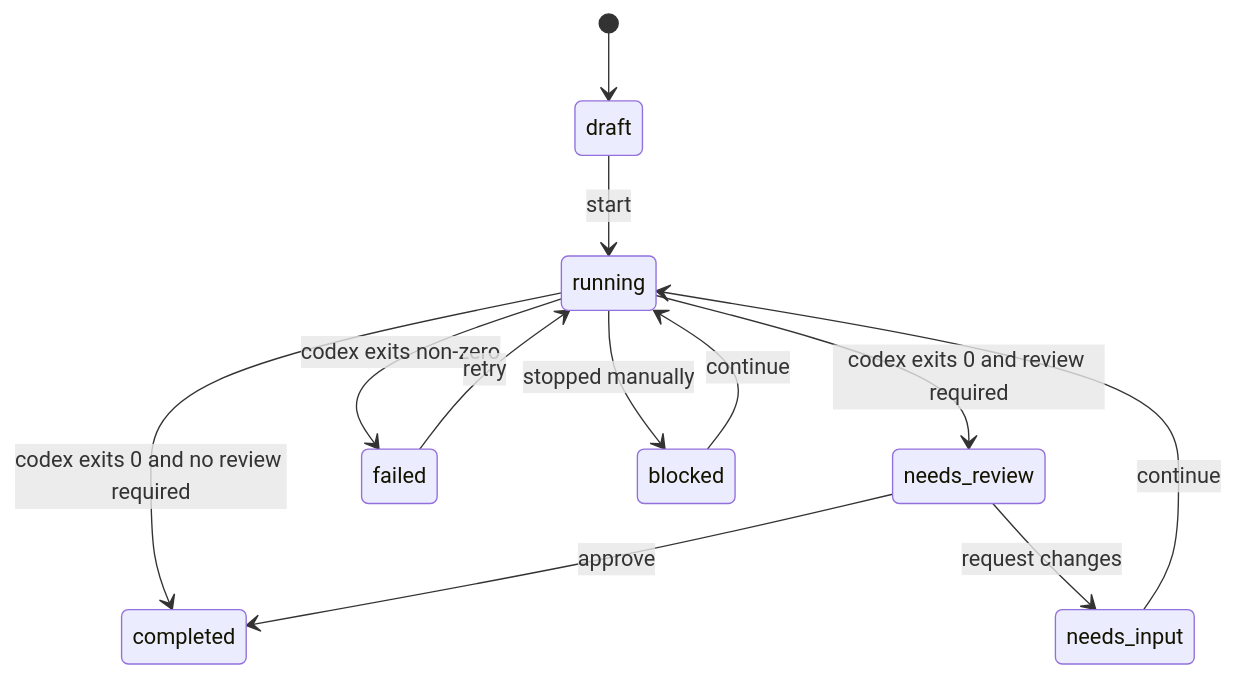
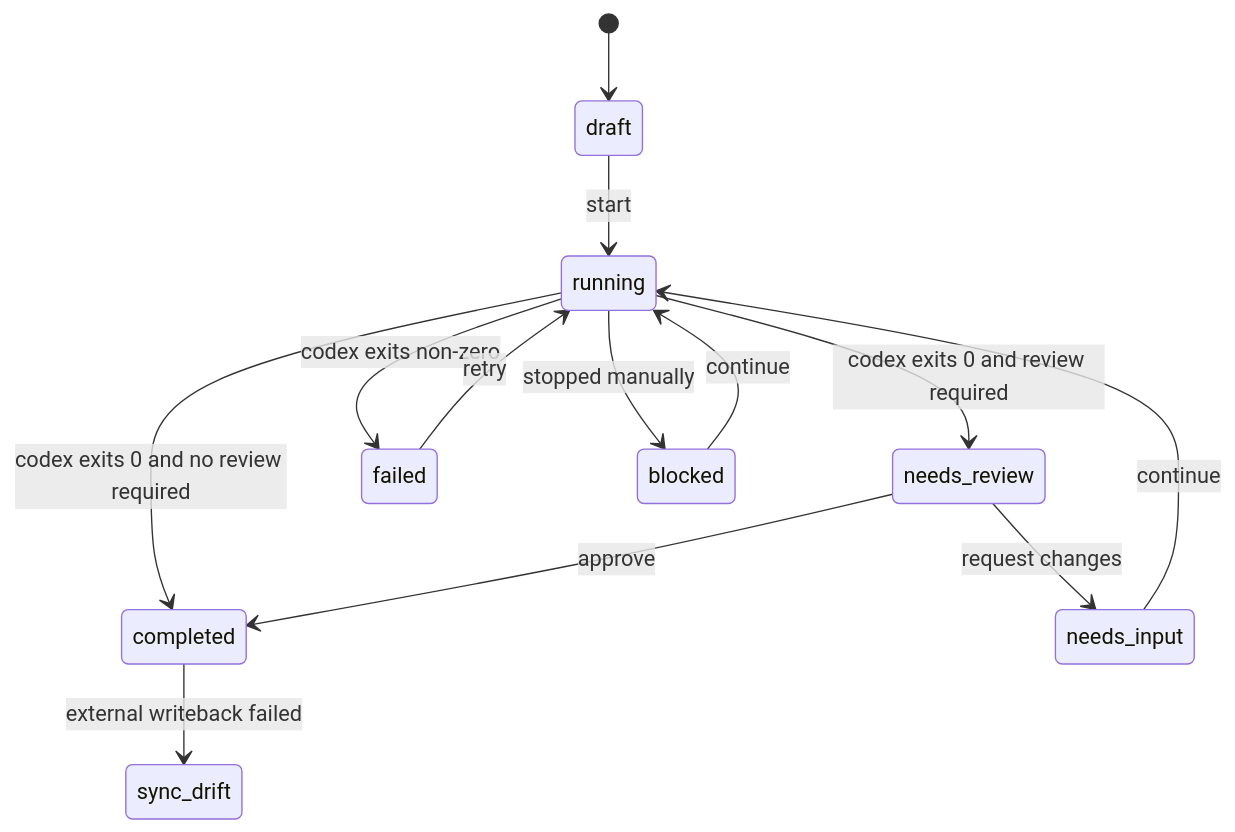
One commit to JJ-Lin/Codex-manager changed the diagram in docs/architecture.md. Above: the diagram before and after it, drawn with Mermaid. The commit also changed other lines of this file and 24 other files, not shown here.

````diff
--- a/docs/architecture.md
+++ b/docs/architecture.md
@@ -26,14 +37,15 @@
 ```mermaid
 stateDiagram-v2
   [*] --> draft
   draft --> running: start
   running --> needs_review: codex exits 0 and review required
   running --> completed: codex exits 0 and no review required
   running --> failed: codex exits non-zero
   running --> blocked: stopped manually
   needs_review --> completed: approve
+  completed --> sync_drift: external writeback failed
   needs_review --> needs_input: request changes
   needs_input --> running: continue
   failed --> running: retry
   blocked --> running: continue
 ```
````
